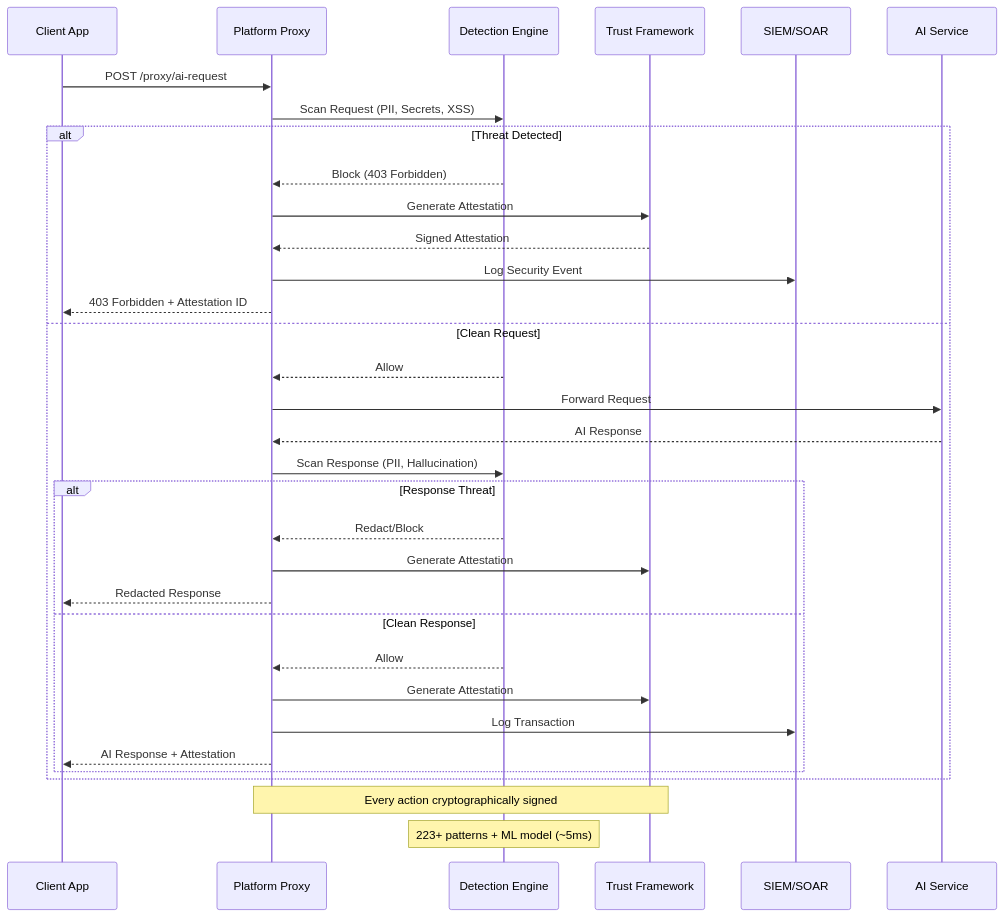
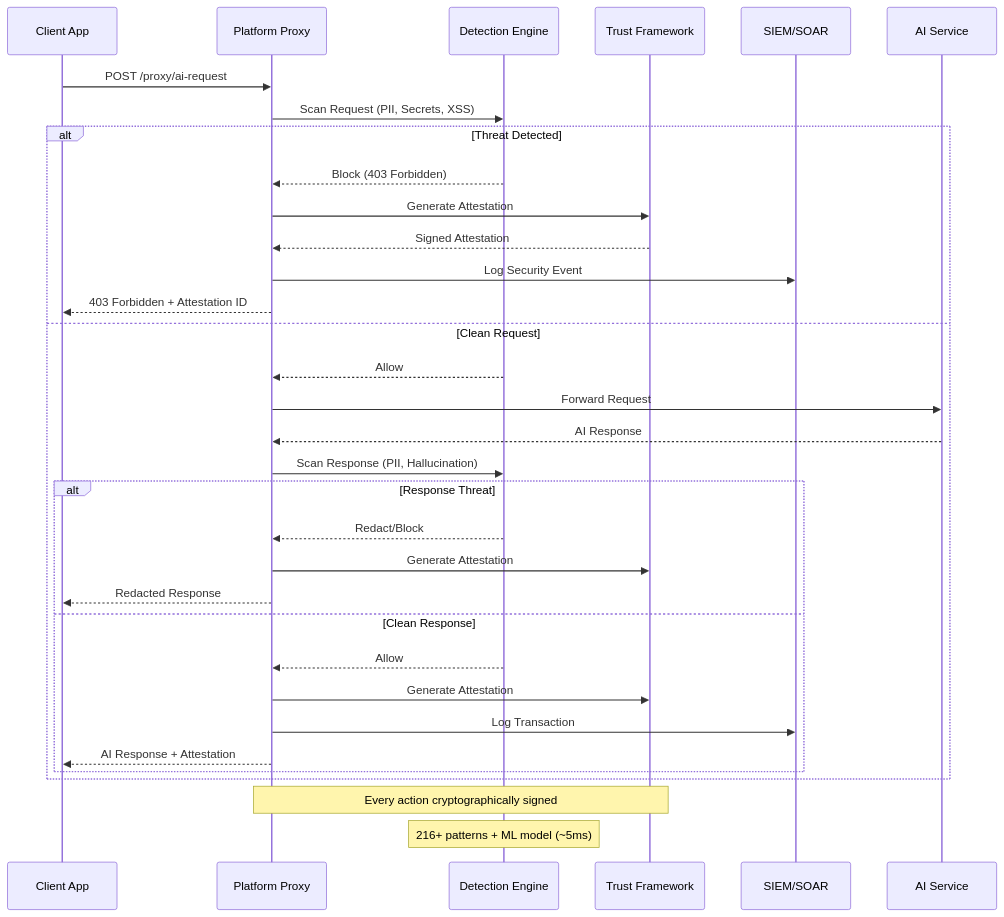
The second of 2 diagrams in content/platform/_index.md (aegisgatesecurity/aegisgate-site), drawn with Mermaid before and after one commit. The commit also changed other lines of this file and 15 other files, not shown here.

```diff
--- a/content/platform/_index.md
+++ b/content/platform/_index.md
@@ -223,39 +223,39 @@
 {{< mermaid >}}
 sequenceDiagram
     participant Client as Client App
     participant Proxy as Platform Proxy
     participant Scanner as Detection Engine
     participant Trust as Trust Framework
     participant SIEM as SIEM/SOAR
     participant AI as AI Service
 
     Client->>Proxy: POST /proxy/ai-request
     Proxy->>Scanner: Scan Request (PII, Secrets, XSS)
     
     alt Threat Detected
         Scanner-->>Proxy: Block (403 Forbidden)
         Proxy->>Trust: Generate Attestation
         Trust-->>Proxy: Signed Attestation
         Proxy->>SIEM: Log Security Event
         Proxy-->>Client: 403 Forbidden + Attestation ID
     else Clean Request
         Scanner-->>Proxy: Allow
         Proxy->>AI: Forward Request
         AI-->>Proxy: AI Response
         Proxy->>Scanner: Scan Response (PII, Hallucination)
         
         alt Response Threat
             Scanner-->>Proxy: Redact/Block
             Proxy->>Trust: Generate Attestation
             Proxy-->>Client: Redacted Response
         else Clean Response
             Scanner-->>Proxy: Allow
             Proxy->>Trust: Generate Attestation
             Proxy->>SIEM: Log Transaction
             Proxy-->>Client: AI Response + Attestation
         end
     end
 
     Note over Proxy,Trust: Every action cryptographically signed
-    Note over Scanner: 223+ patterns + ML model (~5ms)
+    Note over Scanner: 216+ patterns + ML model (~5ms)
 {{< /mermaid >}}
```
